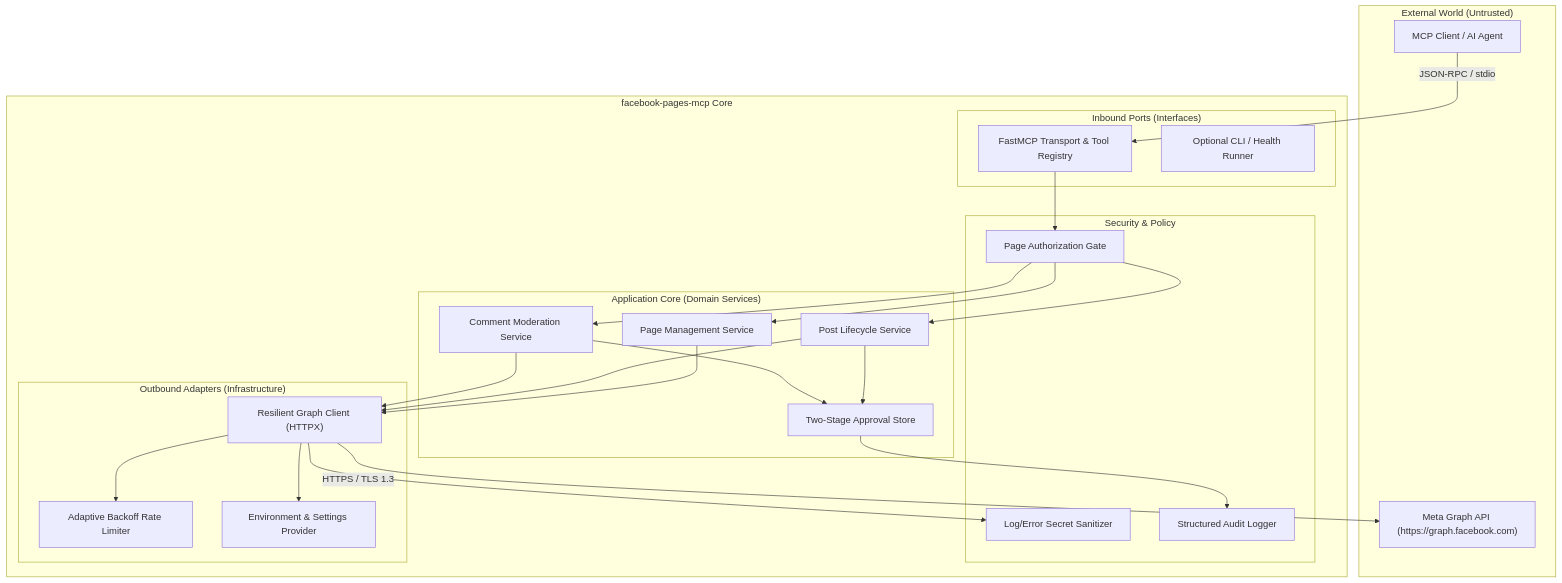
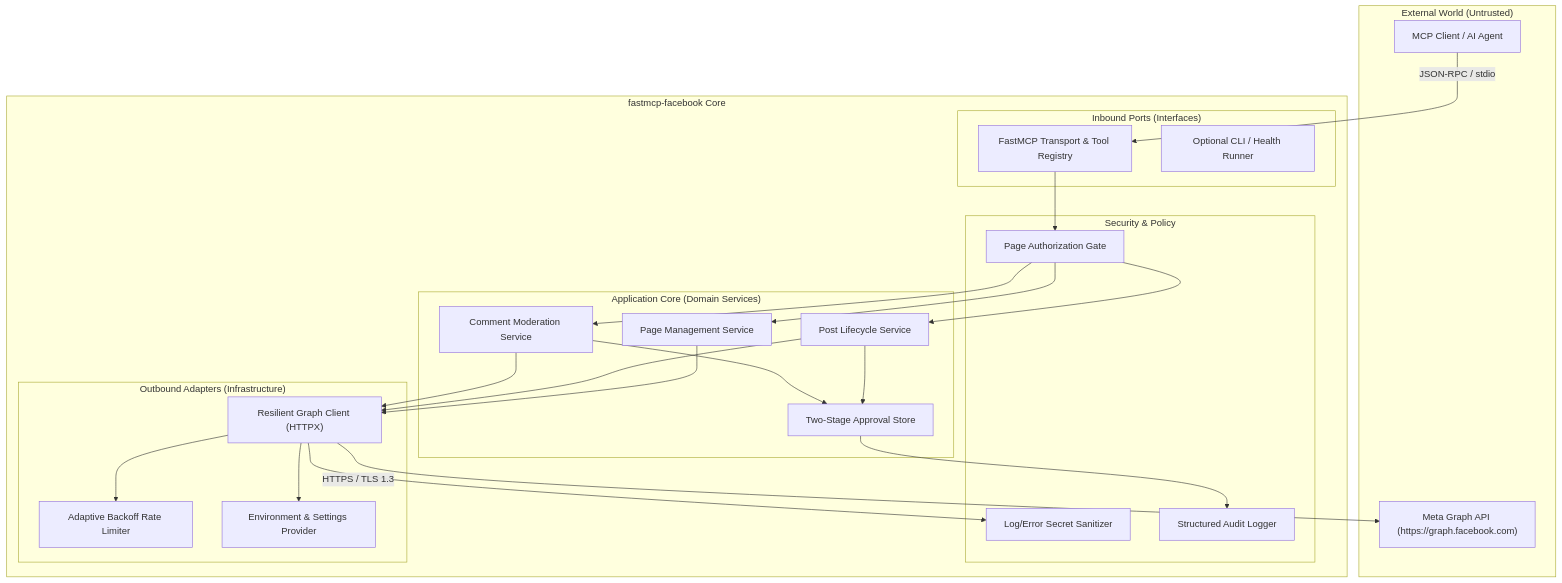
One commit to mht0648/fastmcp-facebook changed the first of 2 diagrams in docs/architecture.md. Above: the diagram before and after it, drawn with Mermaid. The commit also changed other lines of this file and 13 other files, not shown here.

Commit message:
refactor: standardize project name to fastmcp-facebook across all files and docs

````diff
--- a/docs/architecture.md
+++ b/docs/architecture.md
@@ -9,52 +9,52 @@
 ```mermaid
 graph TD
     subgraph "External World (Untrusted)"
         Client["MCP Client / AI Agent"]
         MetaAPI["Meta Graph API (https://graph.facebook.com)"]
     end
 
-    subgraph "facebook-pages-mcp Core"
+    subgraph "fastmcp-facebook Core"
         subgraph "Inbound Ports (Interfaces)"
             FastMCPServer["FastMCP Transport & Tool Registry"]
             CLIRunner["Optional CLI / Health Runner"]
         end
 
         subgraph "Application Core (Domain Services)"
             PageService["Page Management Service"]
             PostService["Post Lifecycle Service"]
             CommentService["Comment Moderation Service"]
             StagedActionStore["Two-Stage Approval Store"]
         end
 
         subgraph "Security & Policy"
             AuthorizationGate["Page Authorization Gate"]
             SecretScrubber["Log/Error Secret Sanitizer"]
             AuditRecorder["Structured Audit Logger"]
         end
 
         subgraph "Outbound Adapters (Infrastructure)"
             HTTPXClient["Resilient Graph Client (HTTPX)"]
             RateLimiter["Adaptive Backoff Rate Limiter"]
             ConfigProvider["Environment & Settings Provider"]
         end
     end
 
     Client -->|"JSON-RPC / stdio"| FastMCPServer
     FastMCPServer --> AuthorizationGate
     AuthorizationGate --> PageService
     AuthorizationGate --> PostService
     AuthorizationGate --> CommentService
 
     PostService --> StagedActionStore
     CommentService --> StagedActionStore
     StagedActionStore --> AuditRecorder
 
     PageService --> HTTPXClient
     PostService --> HTTPXClient
     CommentService --> HTTPXClient
 
     HTTPXClient --> RateLimiter
     HTTPXClient --> SecretScrubber
     HTTPXClient --> ConfigProvider
     HTTPXClient -->|"HTTPS / TLS 1.3"| MetaAPI
 ```
````
